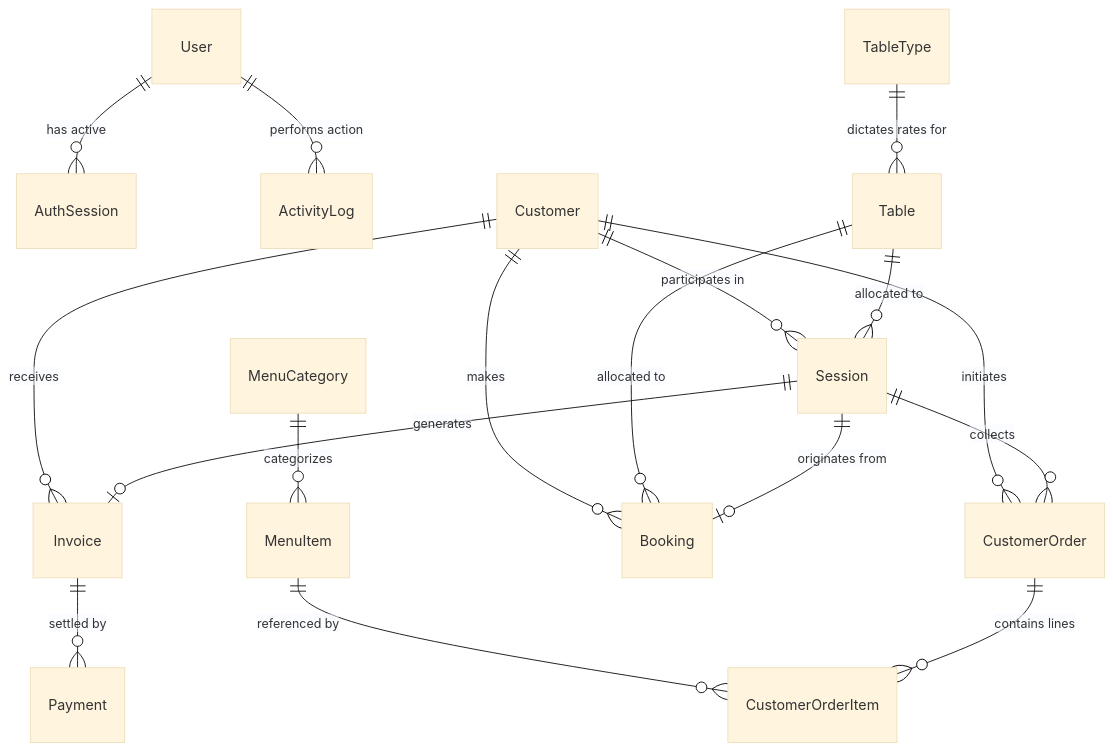
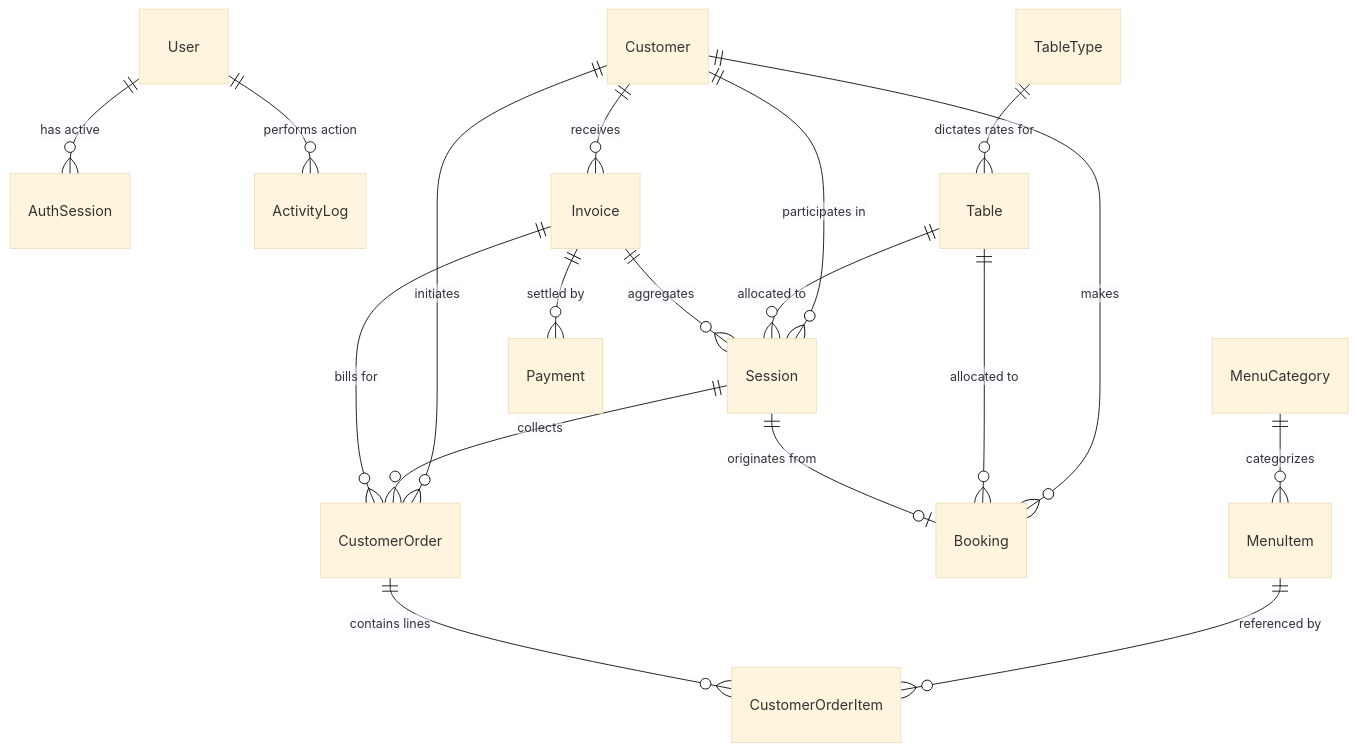
The diagram in docs/ER_DIAGRAM.md (ankitpandey1900/03_Cue_Junction_freelance), drawn with Mermaid (base theme) before and after one commit. The commit also changed other lines of this file and 17 other files, not shown here.

````diff
--- a/docs/ER_DIAGRAM.md
+++ b/docs/ER_DIAGRAM.md
@@ -6,24 +6,25 @@
 ```mermaid
 erDiagram
     User ||--o{ AuthSession : "has active"
     User ||--o{ ActivityLog : "performs action"
 
     Customer ||--o{ Session : "participates in"
     Customer ||--o{ CustomerOrder : "initiates"
     Customer ||--o{ Invoice : "receives"
     Customer ||--o{ Booking : "makes"
 
     TableType ||--o{ Table : "dictates rates for"
     Table ||--o{ Session : "allocated to"
     Table ||--o{ Booking : "allocated to"
 
     Session ||--o| Booking : "originates from"
-    Session ||--o| Invoice : "generates"
+    Invoice ||--o{ Session : "aggregates"
     Session ||--o{ CustomerOrder : "collects"
 
     MenuCategory ||--o{ MenuItem : "categorizes"
     MenuItem ||--o{ CustomerOrderItem : "referenced by"
     CustomerOrder ||--o{ CustomerOrderItem : "contains lines"
+    Invoice ||--o{ CustomerOrder : "bills for"
 
     Invoice ||--o{ Payment : "settled by"
 ```
````
